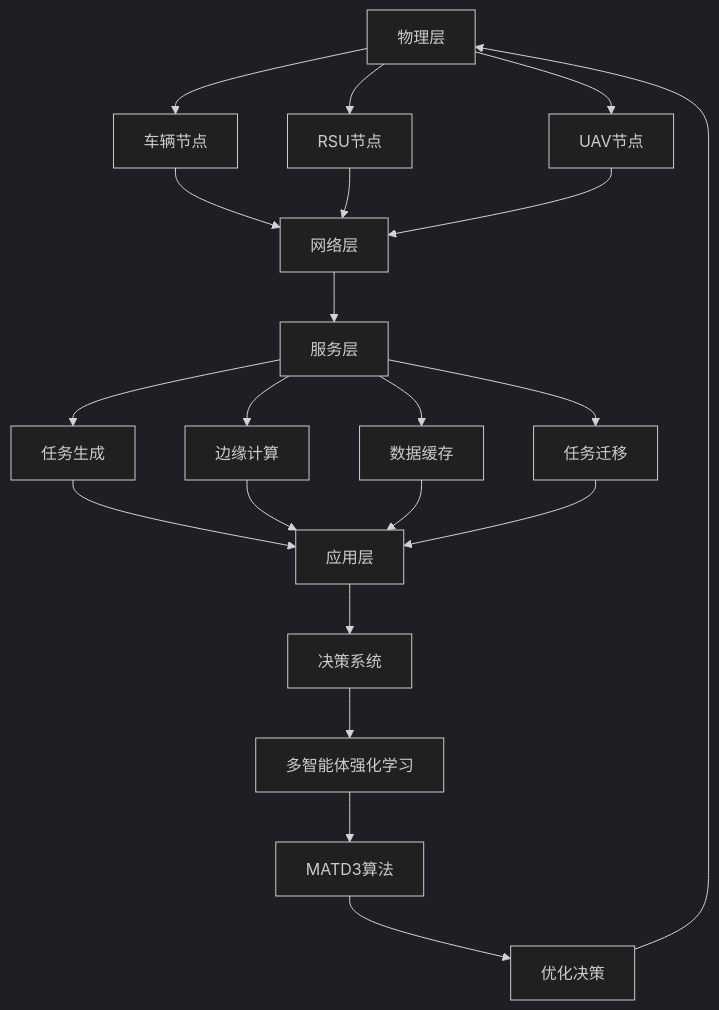
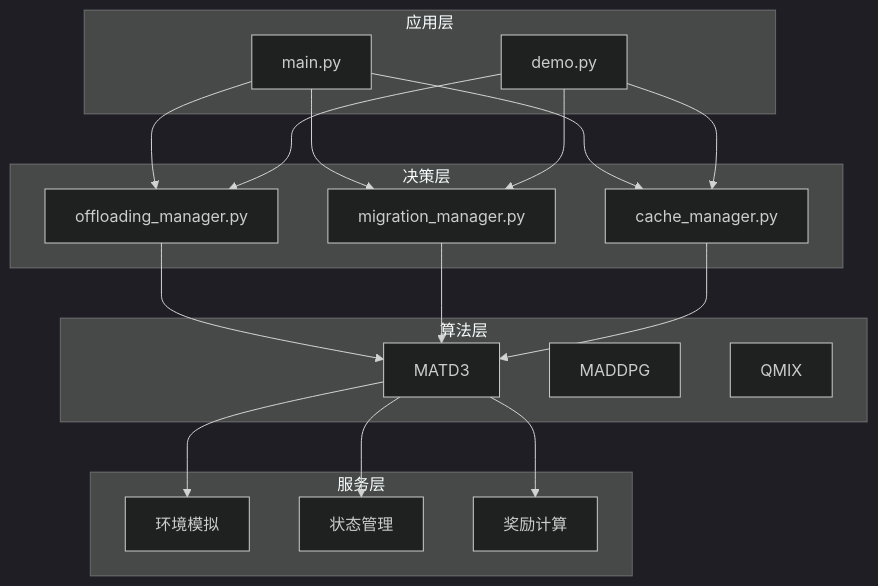
Before and after one commit to WeiY11/VEC_mig_caching: the second of 5 diagrams in .qoder/repowiki/zh/content/项目概述.md, drawn with Mermaid (dark theme). The commit also changed other lines of this file and 95 other files, not shown here.

Commit message:
更新训练结果保存功能，支持生成HTML报告和对比图表，提升报告的可读性和实用性。同时，增强`run_td3_vehicle_sweep.py`以支持更多车辆选项和实验时长，清理冗余代码以优化项目结构。

````diff
--- a/.qoder/repowiki/zh/content/项目概述.md
+++ b/.qoder/repowiki/zh/content/项目概述.md
@@ -96,23 +87,34 @@
 ```mermaid
-graph TD
-A[物理层] --> B[车辆节点]
-A --> C[RSU节点]
-A --> D[UAV节点]
-B --> E[网络层]
-C --> E
-D --> E
-E --> F[服务层]
-F --> G[任务生成]
-F --> H[边缘计算]
-F --> I[数据缓存]
-F --> J[任务迁移]
-G --> K[应用层]
-H --> K
-I --> K
-J --> K
-K --> L[决策系统]
-L --> M[多智能体强化学习]
-M --> N[MATD3算法]
-N --> O[优化决策]
-O --> A
+graph TB
+subgraph "应用层"
+A[main.py]
+B[demo.py]
+end
+subgraph "决策层"
+C[offloading_manager.py]
+D[migration_manager.py]
+E[cache_manager.py]
+end
+subgraph "算法层"
+F[MATD3]
+G[MADDPG]
+H[QMIX]
+end
+subgraph "服务层"
+I[环境模拟]
+J[状态管理]
+K[奖励计算]
+end
+A --> C
+A --> D
+A --> E
+B --> C
+B --> D
+B --> E
+C --> F
+D --> F
+E --> F
+F --> I
+F --> J
+F --> K
 ```
````
